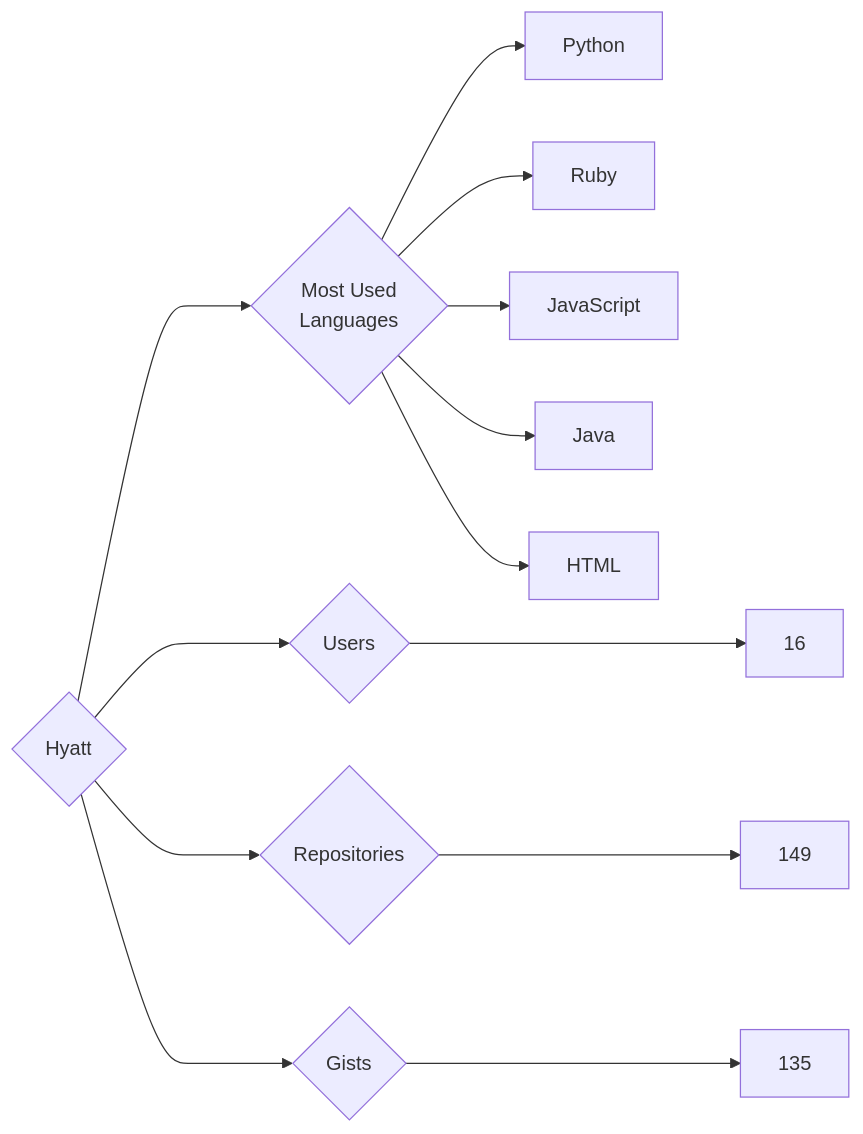
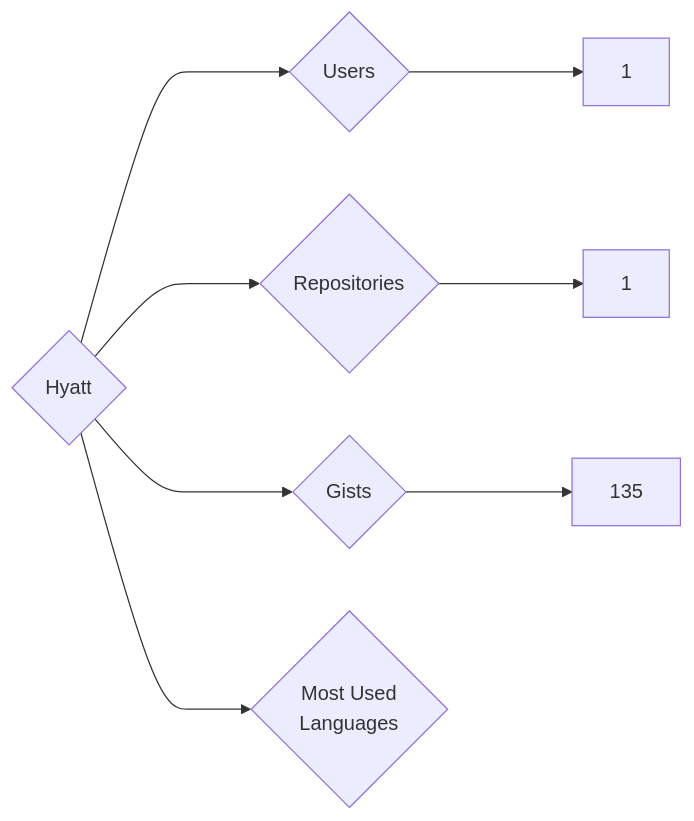
The diagram in targets/Hyatt/README.md (trickest/insiders), drawn with Mermaid before and after one commit. The commit also changed 639 other files, not shown here.

````diff
--- a/targets/Hyatt/README.md
+++ b/targets/Hyatt/README.md
@@ -3,13 +3,8 @@
 ```mermaid
 graph LR
 COMPANY_NAME{Hyatt}
-COMPANY_NAME ---> U{Users} ---> UN[16]
-COMPANY_NAME ---> R{Repositories} ---> RN[149]
+COMPANY_NAME ---> U{Users} ---> UN[1]
+COMPANY_NAME ---> R{Repositories} ---> RN[1]
 COMPANY_NAME ---> G{Gists} ---> GN[135]
 COMPANY_NAME ---> ML{Most Used<br>Languages}
-ML --> Python[Python]
-ML --> Ruby[Ruby]
-ML --> JavaScript[JavaScript]
-ML --> Java[Java]
-ML --> HTML[HTML]
 ```
````
